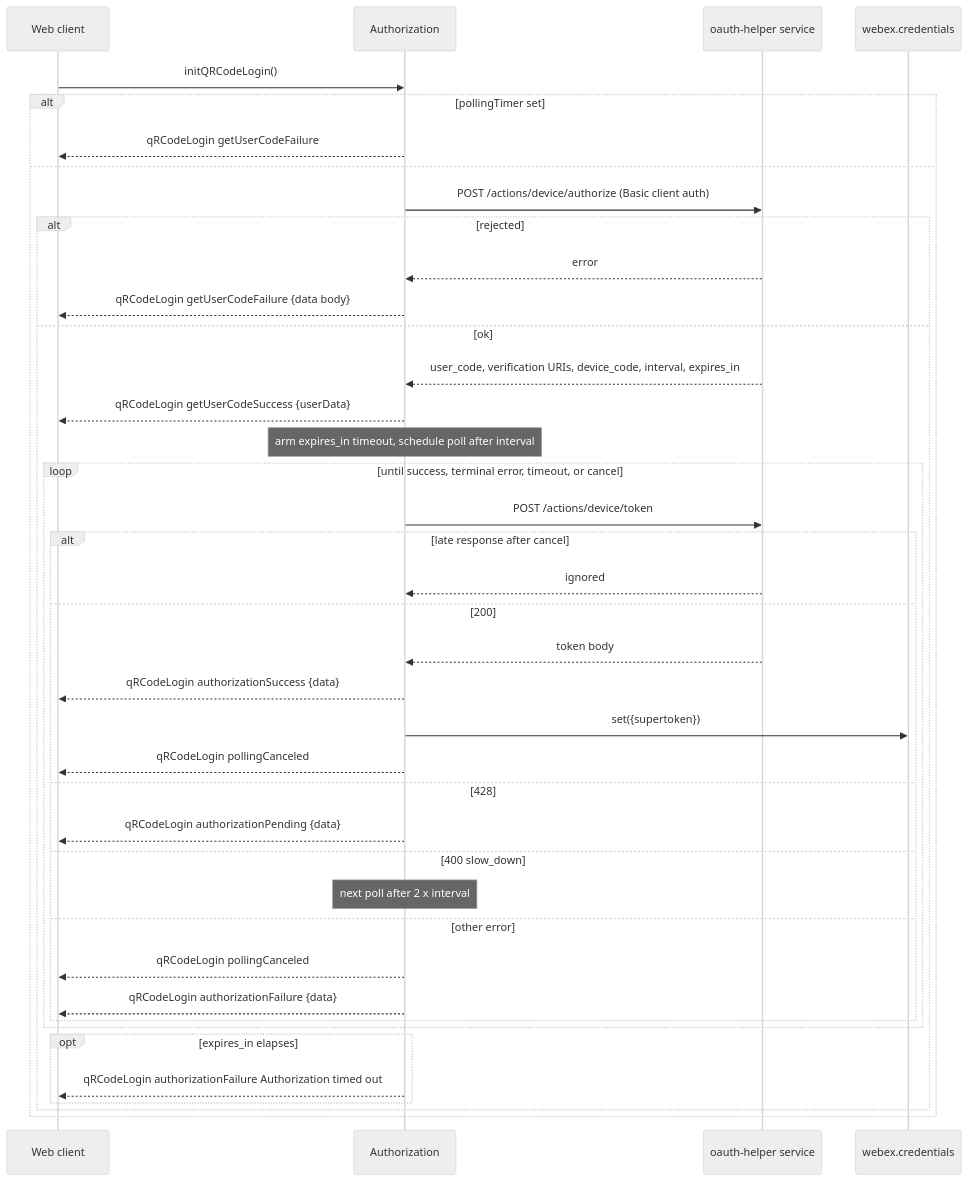
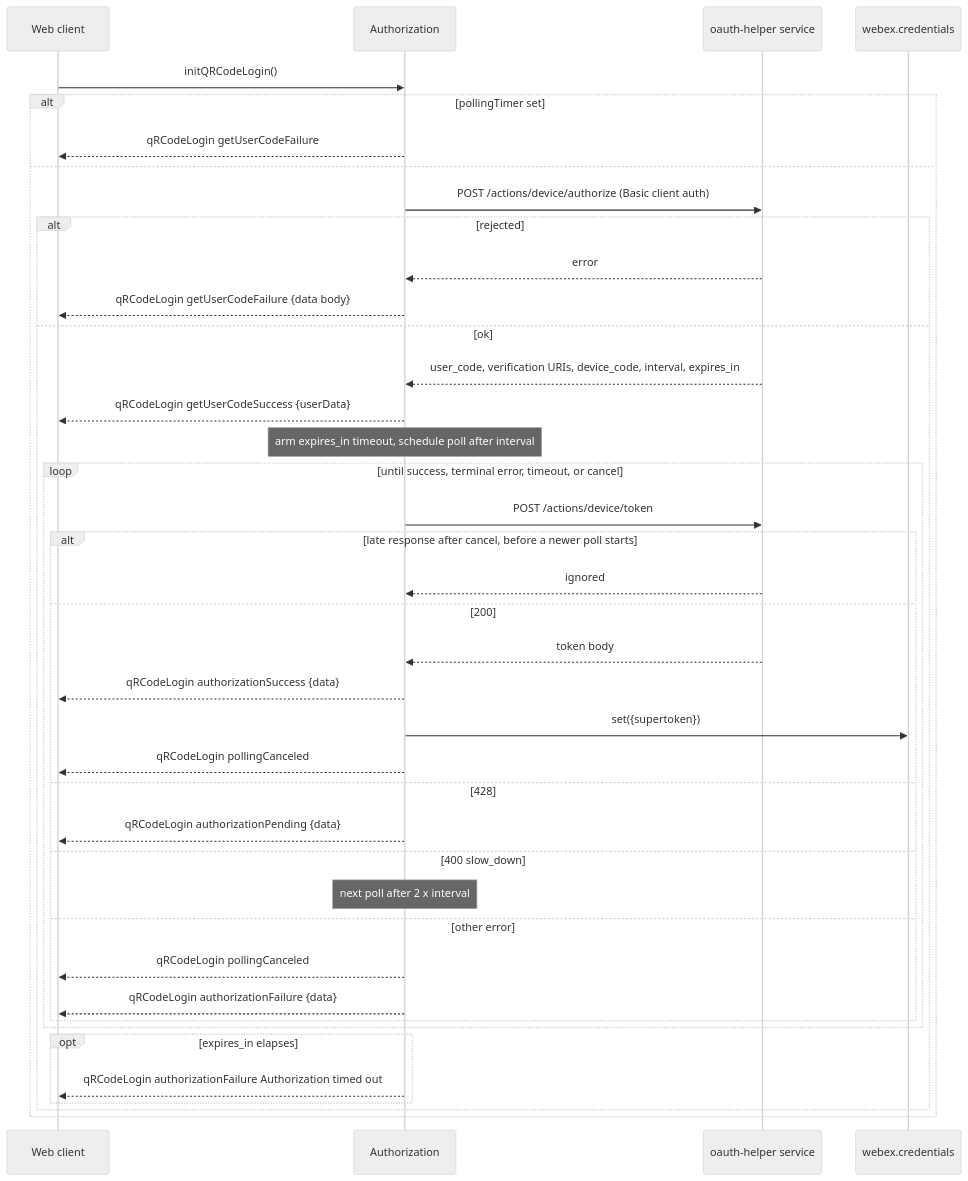
One commit to webex/webex-js-sdk changed the fourth of 7 diagrams in packages/@webex/plugin-authorization-browser-first-party/src/docs/README.md. Above: the diagram before and after it, drawn with Mermaid (neutral theme). The commit also changed other lines of this file and 2 other files, not shown here.

````diff
--- a/packages/@webex/plugin-authorization-browser-first-party/src/docs/README.md
+++ b/packages/@webex/plugin-authorization-browser-first-party/src/docs/README.md
@@ -321,42 +321,42 @@
 ```mermaid
 sequenceDiagram
   participant Host as Web client
   participant Auth as Authorization
   participant Helper as oauth-helper service
   participant Cred as webex.credentials
   Host->>Auth: initQRCodeLogin()
   alt pollingTimer set
     Auth-->>Host: qRCodeLogin getUserCodeFailure
   else
     Auth->>Helper: POST /actions/device/authorize (Basic client auth)
     alt rejected
       Helper-->>Auth: error
       Auth-->>Host: qRCodeLogin getUserCodeFailure {data body}
     else ok
       Helper-->>Auth: user_code, verification URIs, device_code, interval, expires_in
       Auth-->>Host: qRCodeLogin getUserCodeSuccess {userData}
       Note over Auth: arm expires_in timeout, schedule poll after interval
       loop until success, terminal error, timeout, or cancel
         Auth->>Helper: POST /actions/device/token
-        alt late response after cancel
+        alt late response after cancel, before a newer poll starts
           Helper-->>Auth: ignored
         else 200
           Helper-->>Auth: token body
           Auth-->>Host: qRCodeLogin authorizationSuccess {data}
           Auth->>Cred: set({supertoken})
           Auth-->>Host: qRCodeLogin pollingCanceled
         else 428
           Auth-->>Host: qRCodeLogin authorizationPending {data}
         else 400 slow_down
           Note over Auth: next poll after 2 x interval
         else other error
           Auth-->>Host: qRCodeLogin pollingCanceled
           Auth-->>Host: qRCodeLogin authorizationFailure {data}
         end
       end
       opt expires_in elapses
         Auth-->>Host: qRCodeLogin authorizationFailure Authorization timed out
       end
     end
   end
 ```
````
